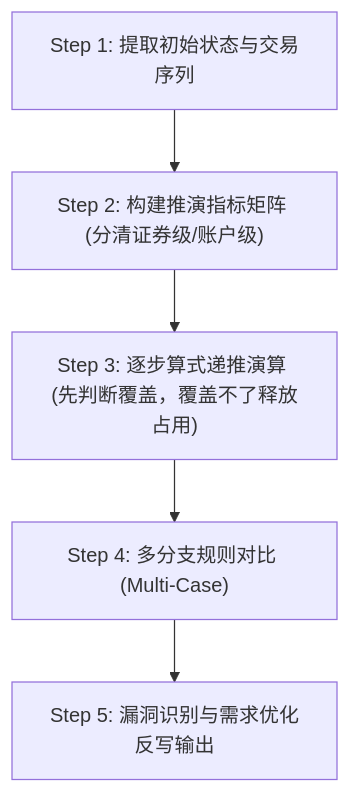
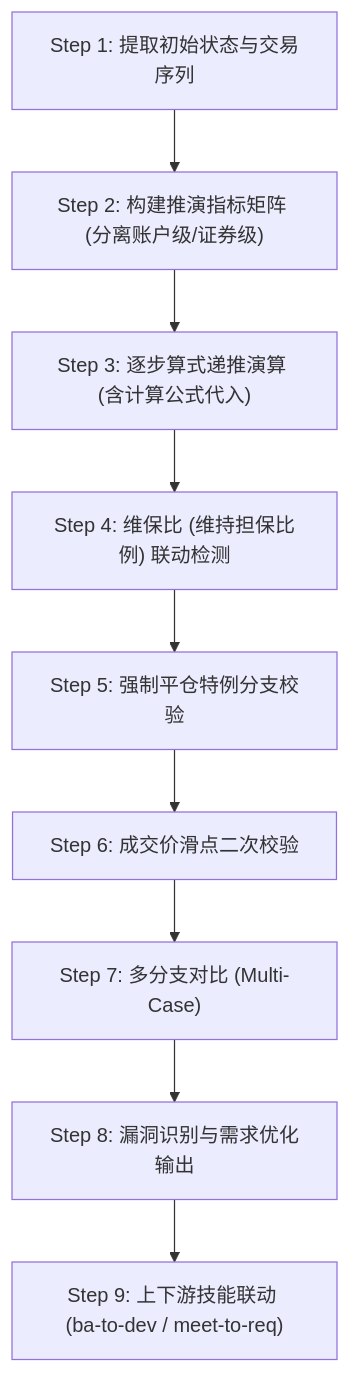
Before and after one commit to wujin2025-sh/skills-archive: the diagram in trade-deduction/SKILL.md, drawn with Mermaid. The commit also changed other lines of this file and 77 other files, not shown here.

````diff
--- a/trade-deduction/SKILL.md
+++ b/trade-deduction/SKILL.md
@@ -40,7 +52,11 @@
 ```mermaid
 flowchart TD
-    Step1["Step 1: 提取初始状态与交易序列"] --> Step2["Step 2: 构建推演指标矩阵 (分清证券级/账户级)"]
-    Step2 --> Step3["Step 3: 逐步算式递推演算 (先判断覆盖，覆盖不了释放占用)"]
-    Step3 --> Step4["Step 4: 多分支规则对比 (Multi-Case)"]
-    Step4 --> Step5["Step 5: 漏洞识别与需求优化反写输出"]
+    Step1["Step 1: 提取初始状态与交易序列"] --> Step2["Step 2: 构建推演指标矩阵 (分离账户级/证券级)"]
+    Step2 --> Step3["Step 3: 逐步算式递推演算 (含计算公式代入)"]
+    Step3 --> Step4["Step 4: 维保比 (维持担保比例) 联动检测"]
+    Step4 --> Step5["Step 5: 强制平仓特例分支校验"]
+    Step5 --> Step6["Step 6: 成交价滑点二次校验"]
+    Step6 --> Step7["Step 7: 多分支对比 (Multi-Case)"]
+    Step7 --> Step8["Step 8: 漏洞识别与需求优化输出"]
+    Step8 --> Step9["Step 9: 上下游技能联动 (ba-to-dev / meet-to-req)"]
 ```
````
